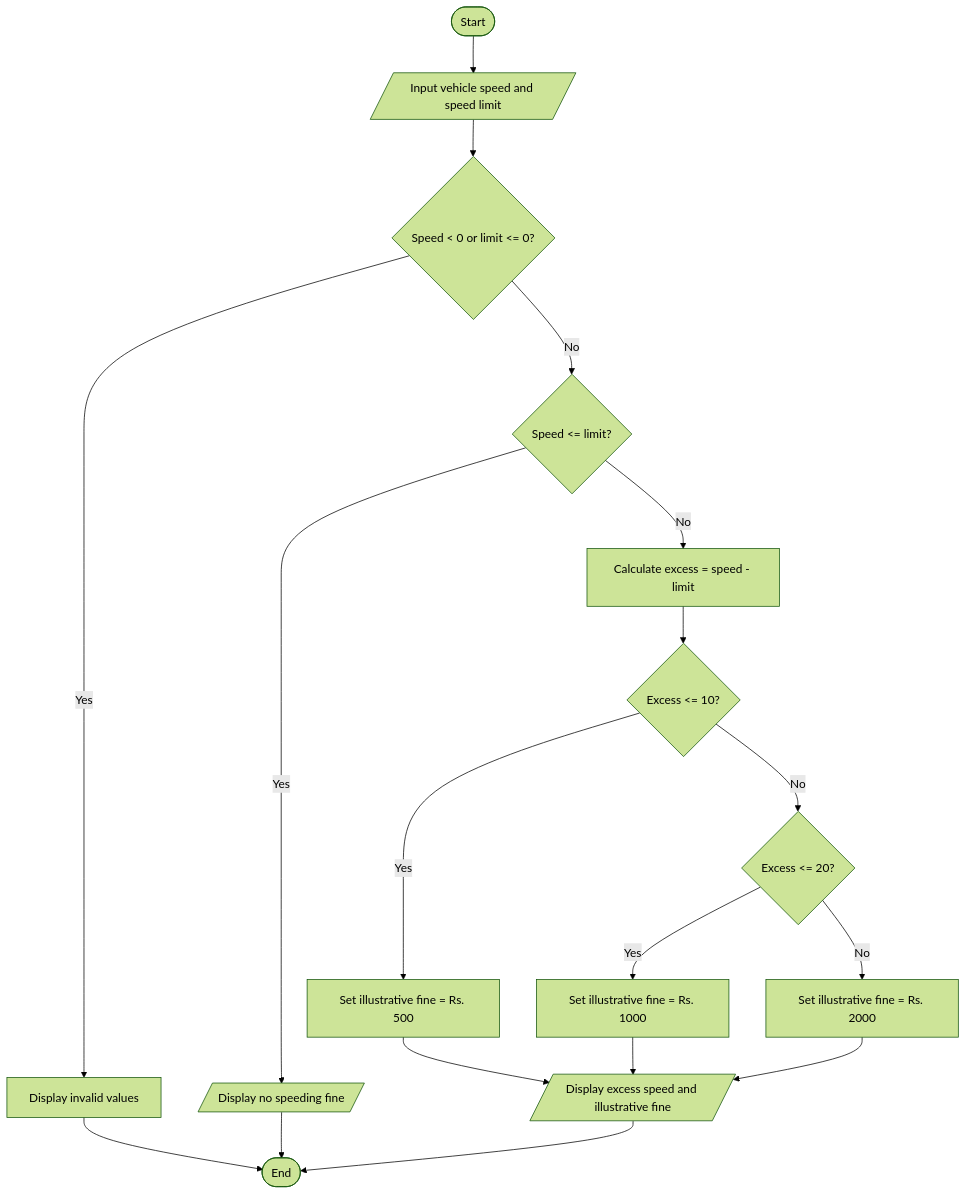
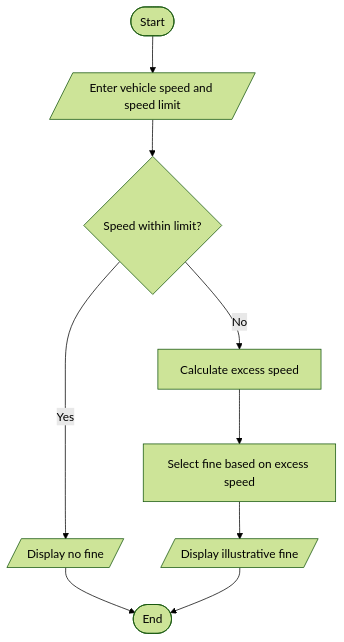
Before and after one commit to AmulyaShaineyCh/ABL-PYTHON: the diagram in 09_Traffic_Fine_Calculator/flowchart.md, drawn with Mermaid (forest theme). The commit also changed other lines of this file, not shown here.

Commit message:
Simplify diagrammatic flowchart for project 9

````diff
--- a/09_Traffic_Fine_Calculator/flowchart.md
+++ b/09_Traffic_Fine_Calculator/flowchart.md
@@ -3,20 +3,11 @@
 ```mermaid
 flowchart TD
-    A([Start]) --> B[/Input vehicle speed and speed limit/]
-    B --> C{Speed < 0 or limit <= 0?}
-    C -- Yes --> D[Display invalid values]
-    D --> Z([End])
-    C -- No --> E{Speed <= limit?}
-    E -- Yes --> F[/Display no speeding fine/]
-    F --> Z
-    E -- No --> G[Calculate excess = speed - limit]
-    G --> H{Excess <= 10?}
-    H -- Yes --> I[Set illustrative fine = Rs. 500]
-    H -- No --> J{Excess <= 20?}
-    J -- Yes --> K[Set illustrative fine = Rs. 1000]
-    J -- No --> L[Set illustrative fine = Rs. 2000]
-    I --> M[/Display excess speed and illustrative fine/]
-    K --> M
-    L --> M
-    M --> Z
+ A([Start]) --> B[/Enter vehicle speed and speed limit/]
+ B --> C{Speed within limit?}
+ C -- Yes --> D[/Display no fine/]
+ C -- No --> E[Calculate excess speed]
+ E --> F[Select fine based on excess speed]
+ F --> G[/Display illustrative fine/]
+ D --> H([End])
+ G --> H
 ```
````
